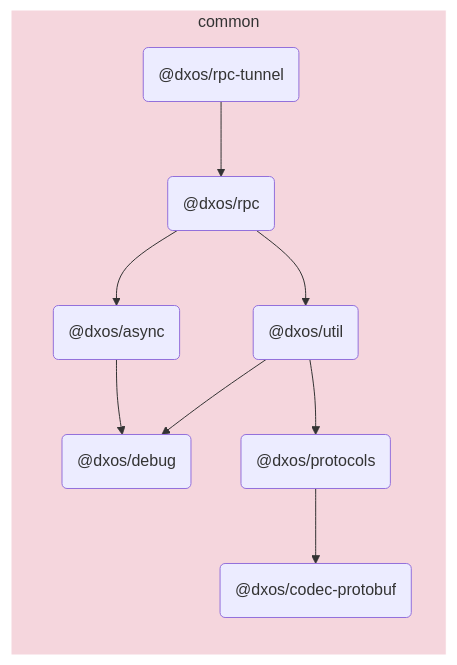
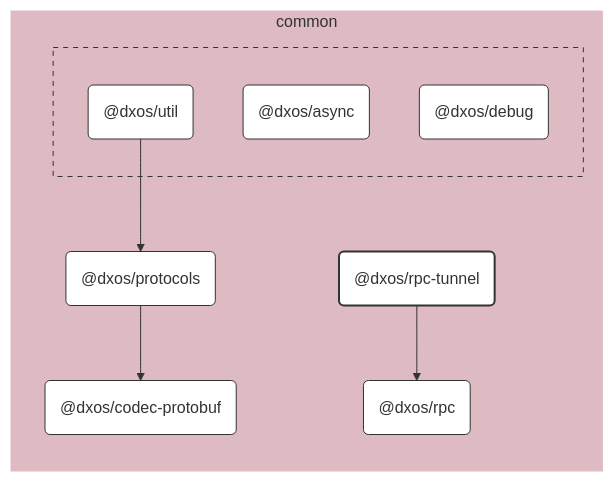
One commit to dxos/dxos changed the diagram in packages/common/rpc-tunnel/docs/README.md. Above: the diagram before and after it, drawn with Mermaid. The commit also changed other lines of this file and 109 other files, not shown here.

````diff
--- a/packages/common/rpc-tunnel/docs/README.md
+++ b/packages/common/rpc-tunnel/docs/README.md
@@ -5,22 +7,51 @@
 ```mermaid
-flowchart LR;
+%%{ init: {'flowchart':{'curve':'basis'}} }%%
 
+flowchart LR
+
+%% Links
+dxos/protocols --> dxos/codec-protobuf;
+dxos/rpc-tunnel --> dxos/rpc;
+dxos/util --> dxos/protocols;
+
+%% Sections
 subgraph common
-  style common fill:#f5d6dd,stroke:#fff;
-  dxos/rpc-tunnel("@dxos/rpc-tunnel");
-  dxos/rpc("@dxos/rpc");
-  dxos/async("@dxos/async");
-  dxos/debug("@dxos/debug");
-  dxos/codec-protobuf("@dxos/codec-protobuf");
-  dxos/protocols("@dxos/protocols");
-  dxos/util("@dxos/util");
+  style common fill:#debac2,stroke:#fff;
+
+  dxos/codec-protobuf("@dxos/codec-protobuf")
+  dxos/protocols("@dxos/protocols")
+  dxos/rpc("@dxos/rpc")
+  dxos/rpc-tunnel("@dxos/rpc-tunnel")
+
+  subgraph common-excluded [ ]
+    style common-excluded fill:#debac2,stroke:#333,stroke-dasharray:5 5;
+
+    dxos/async("@dxos/async")
+    dxos/debug("@dxos/debug")
+    dxos/util("@dxos/util")
+  end
 end
 
-dxos/rpc-tunnel --> dxos/rpc;
-dxos/rpc --> dxos/async;
-dxos/async --> dxos/debug;
-dxos/protocols --> dxos/codec-protobuf;
-dxos/rpc --> dxos/util;
-dxos/util --> dxos/debug;
-dxos/util --> dxos/protocols;
+
+%% Hyperlinks
+click dxos/async href "https:/github.com/dxos/dxos/tree/main/packages/common/async/docs";
+click dxos/codec-protobuf href "https:/github.com/dxos/dxos/tree/main/packages/common/codec-protobuf/docs";
+click dxos/debug href "https:/github.com/dxos/dxos/tree/main/packages/common/debug/docs";
+click dxos/protocols href "https:/github.com/dxos/dxos/tree/main/packages/common/protocols/docs";
+click dxos/rpc href "https:/github.com/dxos/dxos/tree/main/packages/common/rpc/docs";
+click dxos/util href "https:/github.com/dxos/dxos/tree/main/packages/common/util/docs";
+
+%% Styles
+classDef rootNode fill:#fff,stroke:#333,stroke-width:2px
+classDef defaultNode fill:#fff,stroke:#333,stroke-width:1px
+linkStyle default stroke:#333,stroke-width:1px
+
+dxos/rpc-tunnel:::rootNode
+
+dxos/async:::defaultNode
+dxos/codec-protobuf:::defaultNode
+dxos/debug:::defaultNode
+dxos/protocols:::defaultNode
+dxos/rpc:::defaultNode
+dxos/util:::defaultNode
 ```
````
